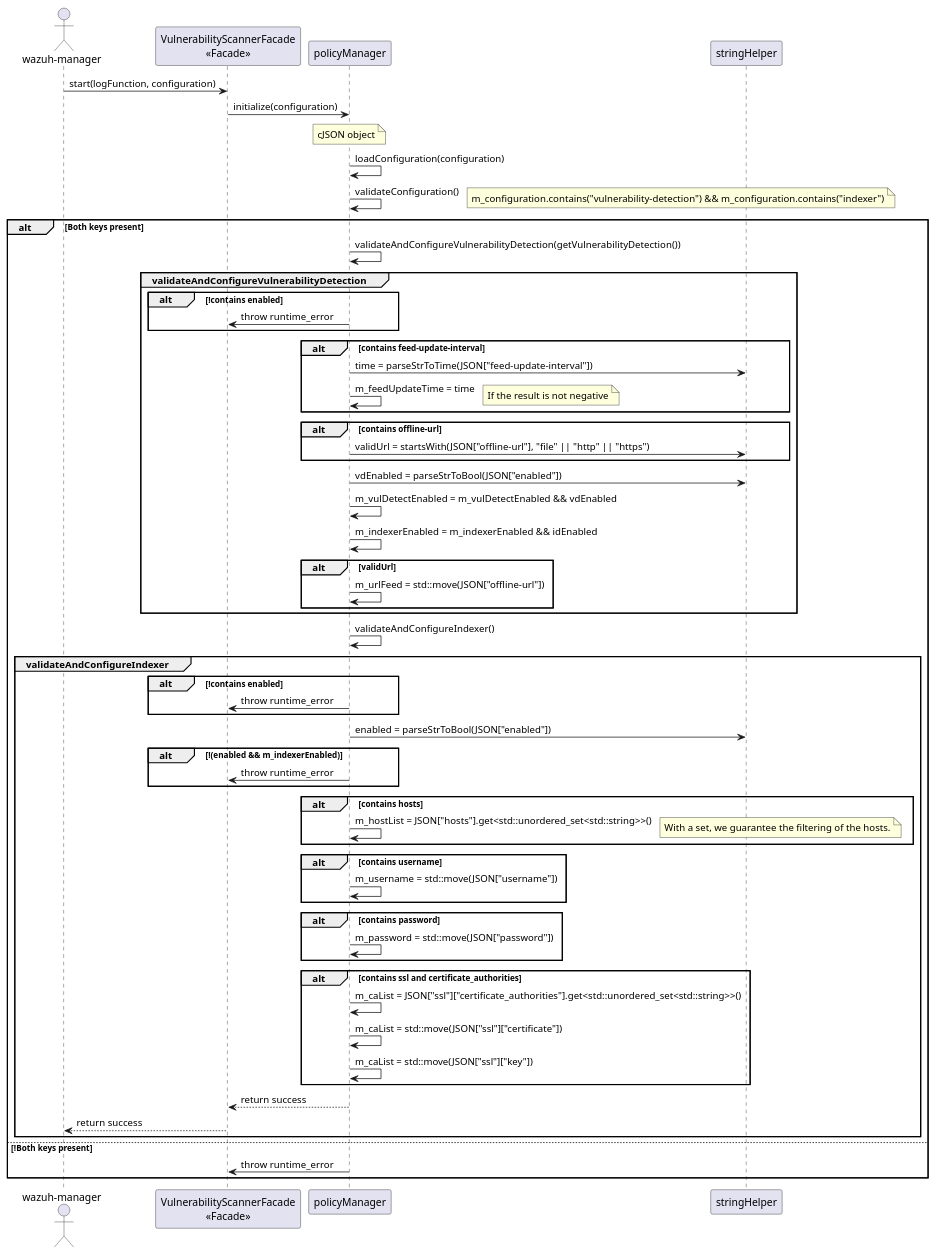
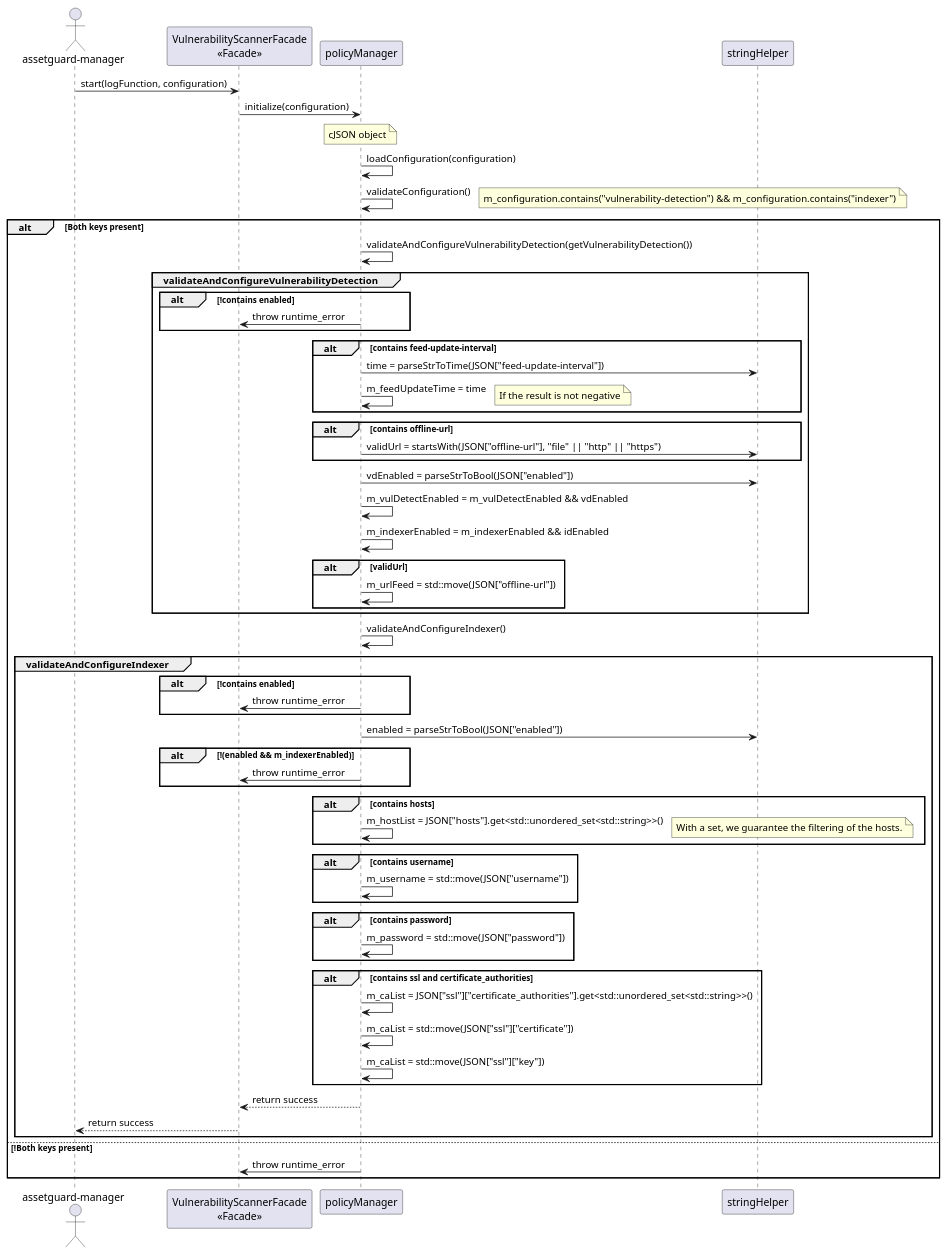
One commit to Ghostofpotato/AssetGuard changed the diagram in architecture/vulnerability-scanner/policyManager/001-sequence-config-validation.puml. Above: the diagram before and after it, drawn with PlantUML. The commit also changed other lines of this file and 1012 other files, not shown here.

```diff
--- a/architecture/vulnerability-scanner/policyManager/001-sequence-config-validation.puml
+++ b/architecture/vulnerability-scanner/policyManager/001-sequence-config-validation.puml
@@ -5,73 +5,73 @@
 @startuml vd-validation-of-configuration
 
-actor "wazuh-manager" as manager
+actor "assetguard-manager" as manager
 participant "VulnerabilityScannerFacade\n<<Facade>>" as vdFacade
 participant "policyManager" as polManager
 participant "stringHelper" as strHelp
 
 manager -> vdFacade: start(logFunction, configuration)
 vdFacade -> polManager: initialize(configuration)
 note over polManager
     cJSON object
 end note
 polManager -> polManager: loadConfiguration(configuration)
 polManager -> polManager: validateConfiguration()
 alt Both keys present
 note right
     m_configuration.contains("vulnerability-detection") && m_configuration.contains("indexer")
 end note
 polManager -> polManager: validateAndConfigureVulnerabilityDetection(getVulnerabilityDetection())
 group validateAndConfigureVulnerabilityDetection
 alt !contains enabled
 polManager -> vdFacade: throw runtime_error
 end
 alt contains feed-update-interval
 polManager -> strHelp: time = parseStrToTime(JSON["feed-update-interval"])
 polManager -> polManager: m_feedUpdateTime = time
 note right
     If the result is not negative
 end note
 end
 alt contains offline-url
 polManager -> strHelp: validUrl = startsWith(JSON["offline-url"], "file" || "http" || "https")
 end
 polManager -> strHelp: vdEnabled = parseStrToBool(JSON["enabled"])
 polManager -> polManager: m_vulDetectEnabled = m_vulDetectEnabled && vdEnabled
 polManager -> polManager: m_indexerEnabled = m_indexerEnabled && idEnabled
 alt validUrl
 polManager -> polManager: m_urlFeed = std::move(JSON["offline-url"])
 end
 end
 polManager -> polManager: validateAndConfigureIndexer()
 group validateAndConfigureIndexer
 alt !contains enabled
 polManager -> vdFacade: throw runtime_error
 end
 polManager -> strHelp: enabled = parseStrToBool(JSON["enabled"])
 alt !(enabled && m_indexerEnabled)
 polManager -> vdFacade: throw runtime_error
 end
 alt contains hosts
 polManager -> polManager: m_hostList = JSON["hosts"].get<std::unordered_set<std::string>>()
 note right
     With a set, we guarantee the filtering of the hosts.
 end note
 end
 alt contains username
 polManager -> polManager: m_username = std::move(JSON["username"])
 end
 alt contains password
 polManager -> polManager: m_password = std::move(JSON["password"])
 end
 alt contains ssl and certificate_authorities
 polManager -> polManager: m_caList = JSON["ssl"]["certificate_authorities"].get<std::unordered_set<std::string>>()
 polManager -> polManager: m_caList = std::move(JSON["ssl"]["certificate"])
 polManager -> polManager: m_caList = std::move(JSON["ssl"]["key"])
 end
 polManager --> vdFacade: return success
 vdFacade --> manager: return success
 end
 else !Both keys present
 polManager -> vdFacade: throw runtime_error
 end
 @enduml
```
